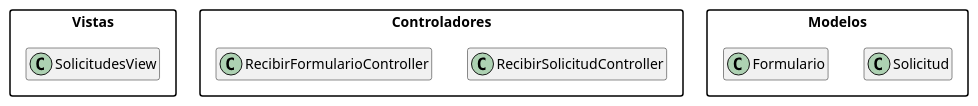
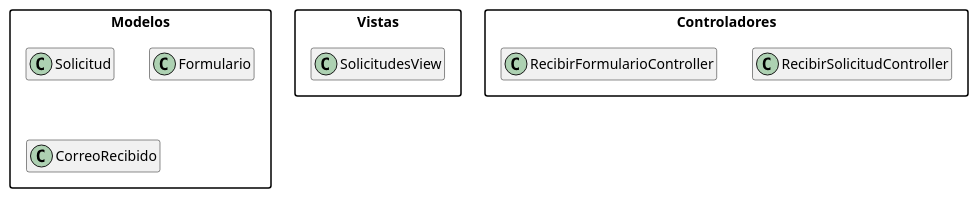
Before and after one commit to ceesargaarcia/GII-TFG-2026: the diagram in Estudiantes/jorge-otero/capitulo3/MVC/codigo/MVC.puml, drawn with PlantUML. The commit also changed 24 other files, not shown here.

Commit message:
Diagramas de Secuencia

```diff
--- a/Estudiantes/jorge-otero/capitulo3/MVC/codigo/MVC.puml
+++ b/Estudiantes/jorge-otero/capitulo3/MVC/codigo/MVC.puml
@@ -1,21 +1,22 @@
 @startuml MVC
 
 top to bottom direction
 skinparam packageStyle rectangle
 hide empty members
 
 package "Vistas" {
   class SolicitudesView
 }
 
 package "Controladores" {
   class RecibirSolicitudController
   class RecibirFormularioController
 }
 
 package "Modelos" {
   class Solicitud
   class Formulario
+  class CorreoRecibido
 }
 
 @enduml
```
